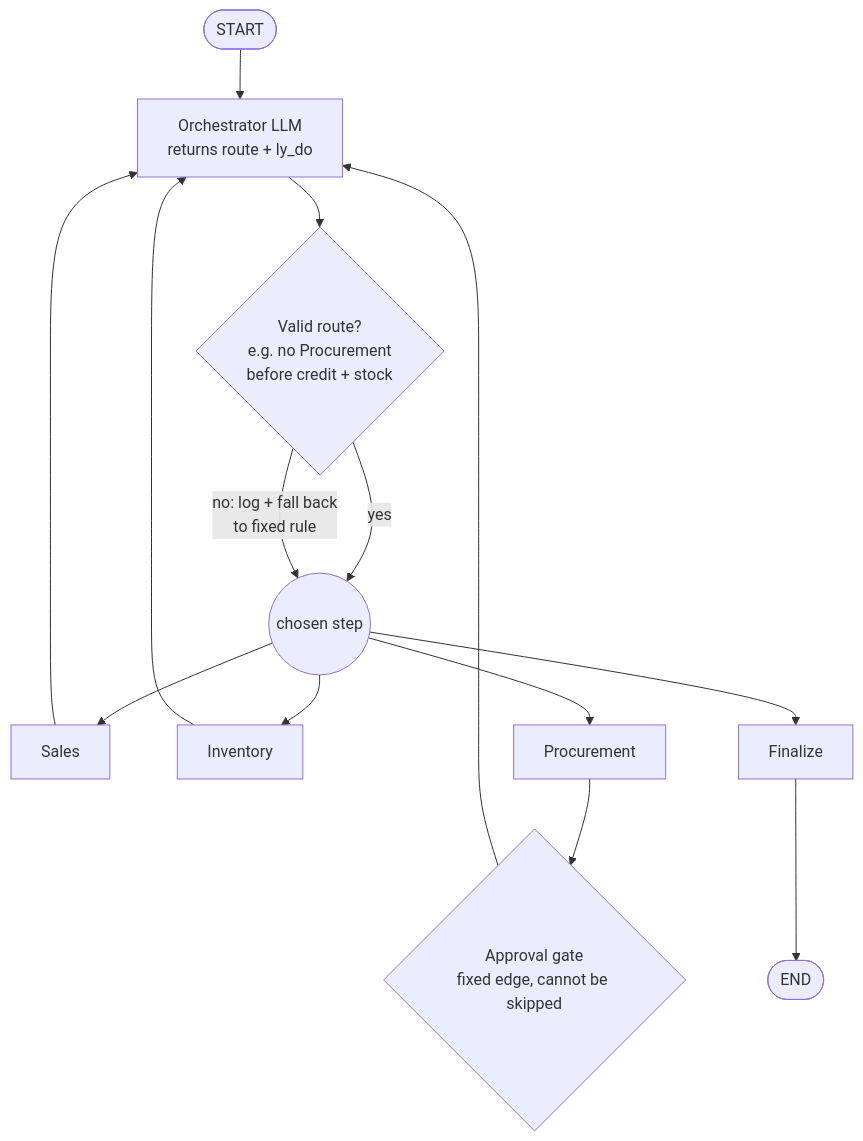
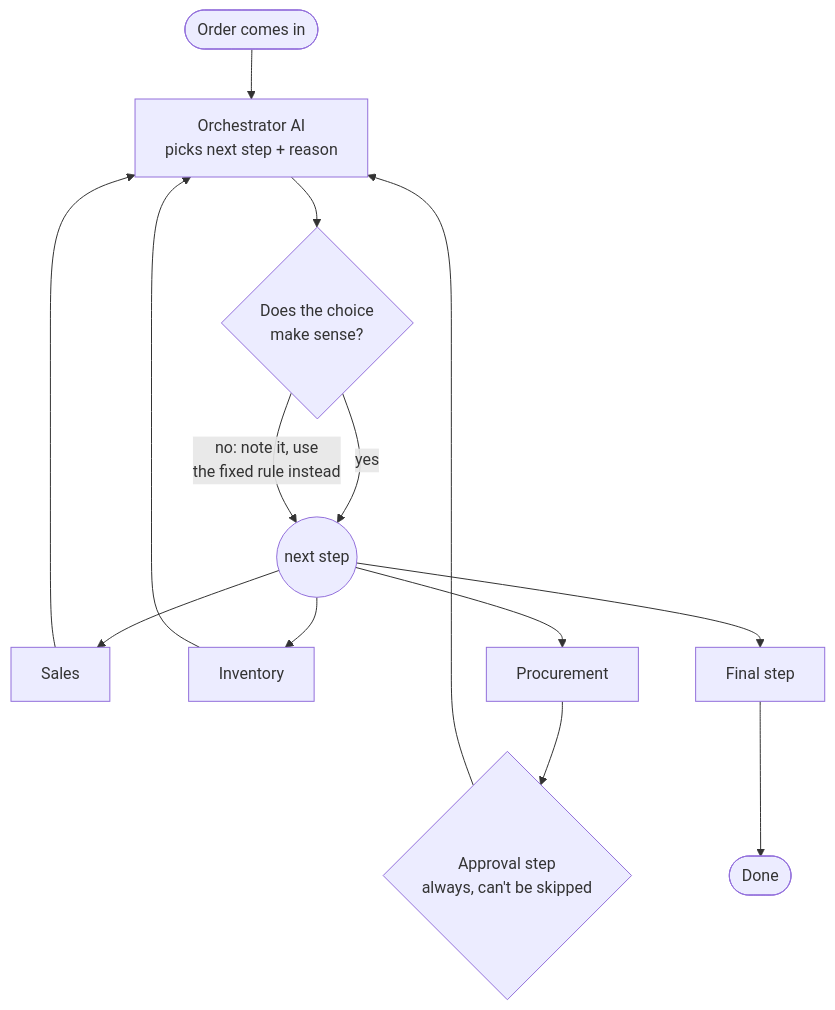
One commit to thubpham/sova-demo changed the third of 3 diagrams in README.md. Above: the diagram before and after it, drawn with Mermaid. The commit also changed other lines of this file and 4 other files, not shown here.

````diff
--- a/README.md
+++ b/README.md
@@ -147,16 +294,16 @@
 ```mermaid
 flowchart TD
-    S([START]) --> O[Orchestrator LLM<br/>returns route + ly_do]
-    O --> V{Valid route?<br/>e.g. no Procurement<br/>before credit + stock}
-    V -->|yes| R((chosen step))
-    V -->|no: log + fall back<br/>to fixed rule| R
+    S([Order comes in]) --> O[Orchestrator AI<br/>picks next step + reason]
+    O --> V{Does the choice<br/>make sense?}
+    V -->|yes| R((next step))
+    V -->|no: note it, use<br/>the fixed rule instead| R
     R --> SA[Sales]
     R --> IN[Inventory]
     R --> PR[Procurement]
-    R --> F[Finalize]
+    R --> F[Final step]
     SA --> O
     IN --> O
-    PR --> G{Approval gate<br/>fixed edge, cannot be skipped}
+    PR --> G{Approval step<br/>always, can't be skipped}
     G --> O
-    F --> E([END])
+    F --> E([Done])
 ```
````
